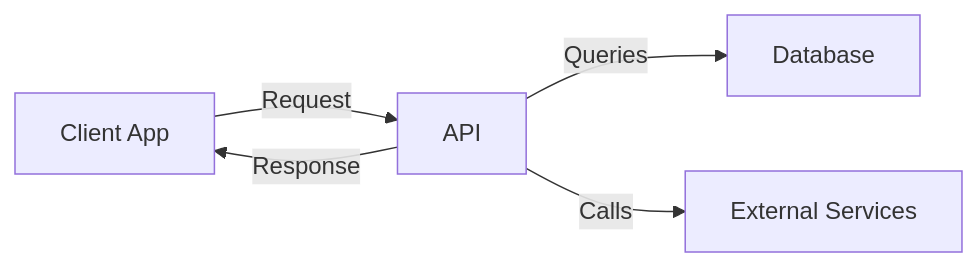
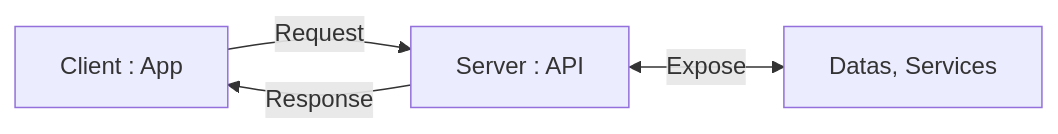
One commit to maxime-lenne/slidev-decks-courses changed the first of 3 diagrams in decks/api/slides.md. Above: the diagram before and after it, drawn with Mermaid. The commit also changed other lines of this file and 10 other files, not shown here.

````diff
--- a/decks/api/slides.md
+++ b/decks/api/slides.md
@@ -65,7 +94,6 @@
 ```mermaid
 graph LR
-    A[Client App] -->|Request| B[API]
+    A[Client : App] -->|Request| B[Server : API]
     B -->|Response| A
-    B -->|Queries| C[Database]
-    B -->|Calls| D[External Services]
+    B <-->|Expose| C[Datas, Services]
 ```
````
